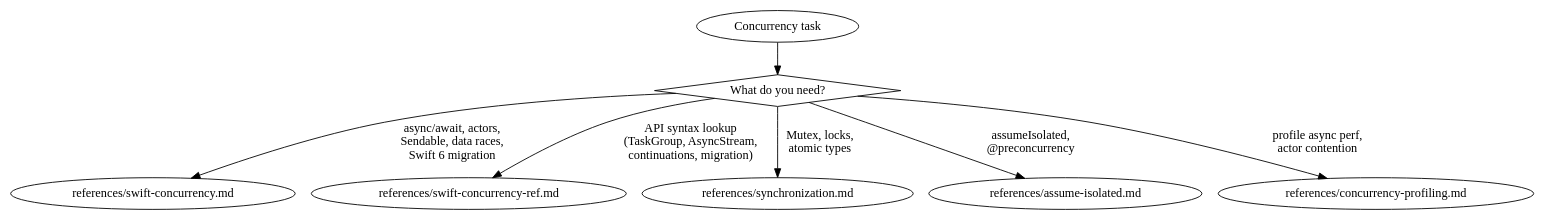
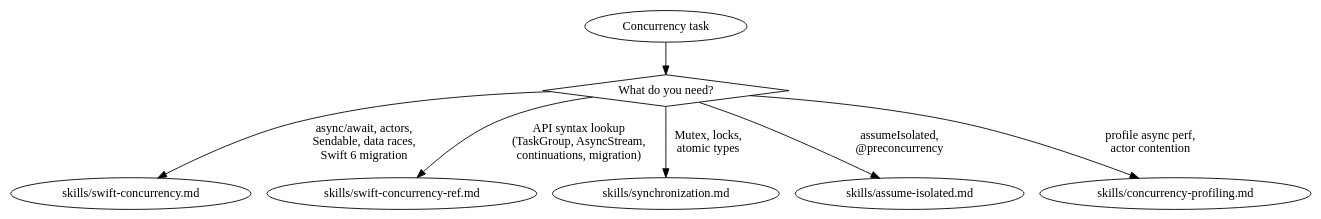
The diagram in .claude-plugin/plugins/axiom/skills/axiom-concurrency/SKILL.md (CharlesWiltgen/Axiom), drawn with Graphviz before and after one commit. The commit also changed other lines of this file and 266 other files, not shown here.

First line of the commit message:
refactor(skills): rename references/ to skills/ across all suites

````diff
--- a/.claude-plugin/plugins/axiom/skills/axiom-concurrency/SKILL.md
+++ b/.claude-plugin/plugins/axiom/skills/axiom-concurrency/SKILL.md
@@ -33,13 +33,13 @@
 ```dot
 digraph concurrency {
     start [label="Concurrency task" shape=ellipse];
     what [label="What do you need?" shape=diamond];
 
     start -> what;
-    what -> "references/swift-concurrency.md" [label="async/await, actors,\nSendable, data races,\nSwift 6 migration"];
-    what -> "references/swift-concurrency-ref.md" [label="API syntax lookup\n(TaskGroup, AsyncStream,\ncontinuations, migration)"];
-    what -> "references/synchronization.md" [label="Mutex, locks,\natomic types"];
-    what -> "references/assume-isolated.md" [label="assumeIsolated,\n@preconcurrency"];
-    what -> "references/concurrency-profiling.md" [label="profile async perf,\nactor contention"];
+    what -> "skills/swift-concurrency.md" [label="async/await, actors,\nSendable, data races,\nSwift 6 migration"];
+    what -> "skills/swift-concurrency-ref.md" [label="API syntax lookup\n(TaskGroup, AsyncStream,\ncontinuations, migration)"];
+    what -> "skills/synchronization.md" [label="Mutex, locks,\natomic types"];
+    what -> "skills/assume-isolated.md" [label="assumeIsolated,\n@preconcurrency"];
+    what -> "skills/concurrency-profiling.md" [label="profile async perf,\nactor contention"];
 }
 ```
````
